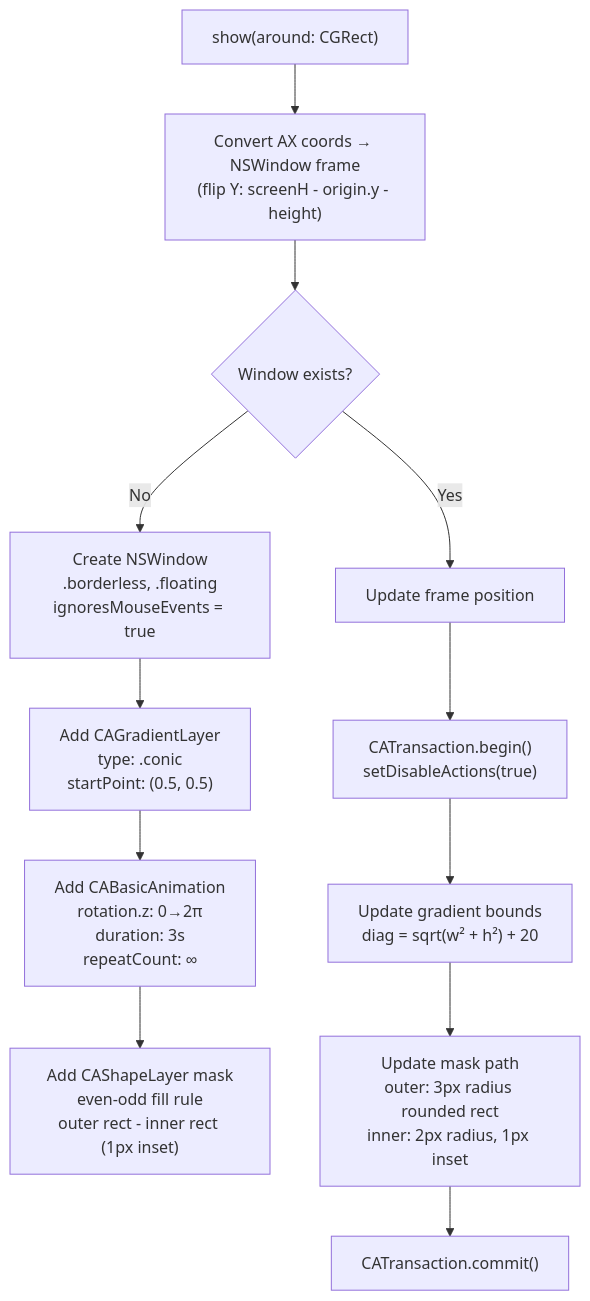
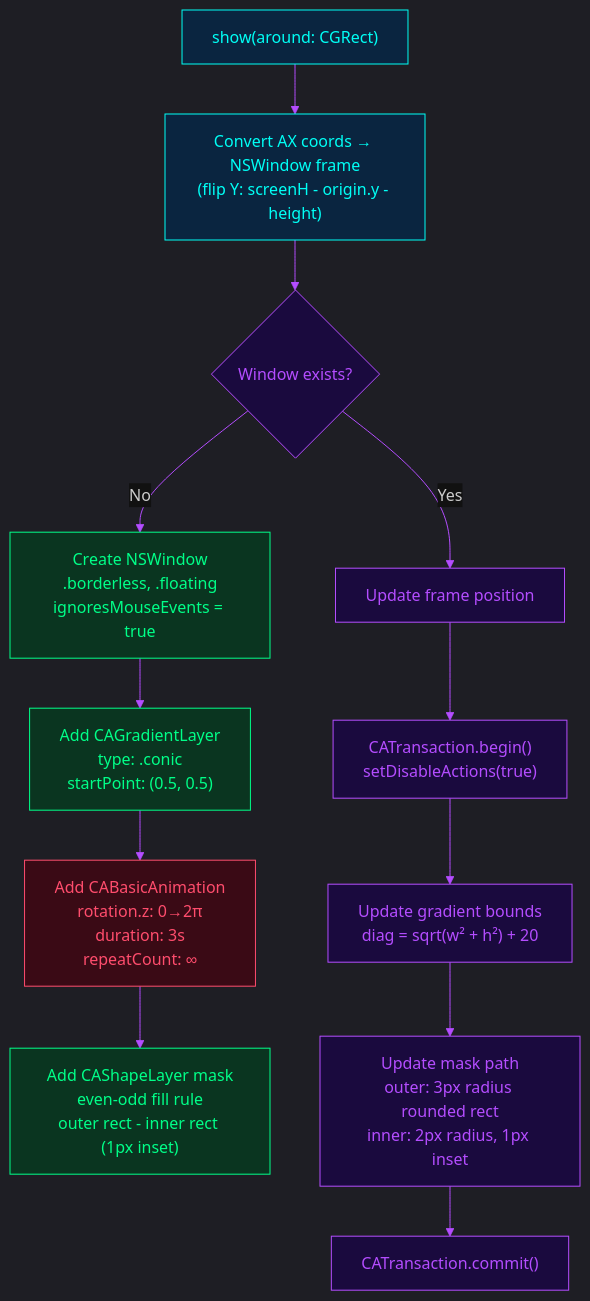
One commit to colours93/pipbounce changed the eighth of 9 diagrams in README.md. Above: the diagram before and after it, drawn with Mermaid. The commit also changed other lines of this file and 43 other files, not shown here.

````diff
--- a/README.md
+++ b/README.md
@@ -449,14 +575,20 @@
 ```mermaid
+%%{init: {'theme': 'dark', 'themeVariables': {'primaryColor': '#0a2540', 'primaryTextColor': '#00fff5', 'primaryBorderColor': '#00fff5', 'lineColor': '#b44dff', 'secondaryColor': '#1a0a3e', 'tertiaryColor': '#0a3520', 'edgeLabelBackground': '#111', 'clusterBkg': '#0d0d14', 'clusterBorder': '#2a2a3a', 'titleColor': '#fafafa', 'nodeTextColor': '#fafafa'}}}%%
 flowchart TD
-    A["show(around: CGRect)"] --> B["Convert AX coords → NSWindow frame\n(flip Y: screenH - origin.y - height)"]
-    B --> C{"Window exists?"}
-    C -->|No| D["Create NSWindow\n.borderless, .floating\nignoresMouseEvents = true"]
-    D --> E["Add CAGradientLayer\ntype: .conic\nstartPoint: (0.5, 0.5)"]
-    E --> F["Add CABasicAnimation\nrotation.z: 0→2π\nduration: 3s\nrepeatCount: ∞"]
-    F --> G["Add CAShapeLayer mask\neven-odd fill rule\nouter rect - inner rect (1px inset)"]
-    C -->|Yes| H["Update frame position"]
-    H --> I["CATransaction.begin()\nsetDisableActions(true)"]
-    I --> J["Update gradient bounds\ndiag = sqrt(w² + h²) + 20"]
-    J --> K["Update mask path\nouter: 3px radius rounded rect\ninner: 2px radius, 1px inset"]
-    K --> L["CATransaction.commit()"]
+    classDef cyan fill:#0a2540,stroke:#00fff5,color:#00fff5
+    classDef purple fill:#1a0a3e,stroke:#b44dff,color:#b44dff
+    classDef green fill:#0a3520,stroke:#00ff88,color:#00ff88
+    classDef red fill:#3a0a15,stroke:#ff4d6d,color:#ff4d6d
+
+    A["show(around: CGRect)"]:::cyan --> B["Convert AX coords → NSWindow frame\n(flip Y: screenH - origin.y - height)"]:::cyan
+    B --> C{"Window exists?"}:::purple
+    C -->|No| D["Create NSWindow\n.borderless, .floating\nignoresMouseEvents = true"]:::green
+    D --> E["Add CAGradientLayer\ntype: .conic\nstartPoint: (0.5, 0.5)"]:::green
+    E --> F["Add CABasicAnimation\nrotation.z: 0→2π\nduration: 3s\nrepeatCount: ∞"]:::red
+    F --> G["Add CAShapeLayer mask\neven-odd fill rule\nouter rect - inner rect (1px inset)"]:::green
+    C -->|Yes| H["Update frame position"]:::purple
+    H --> I["CATransaction.begin()\nsetDisableActions(true)"]:::purple
+    I --> J["Update gradient bounds\ndiag = sqrt(w² + h²) + 20"]:::purple
+    J --> K["Update mask path\nouter: 3px radius rounded rect\ninner: 2px radius, 1px inset"]:::purple
+    K --> L["CATransaction.commit()"]:::purple
 ```
````
